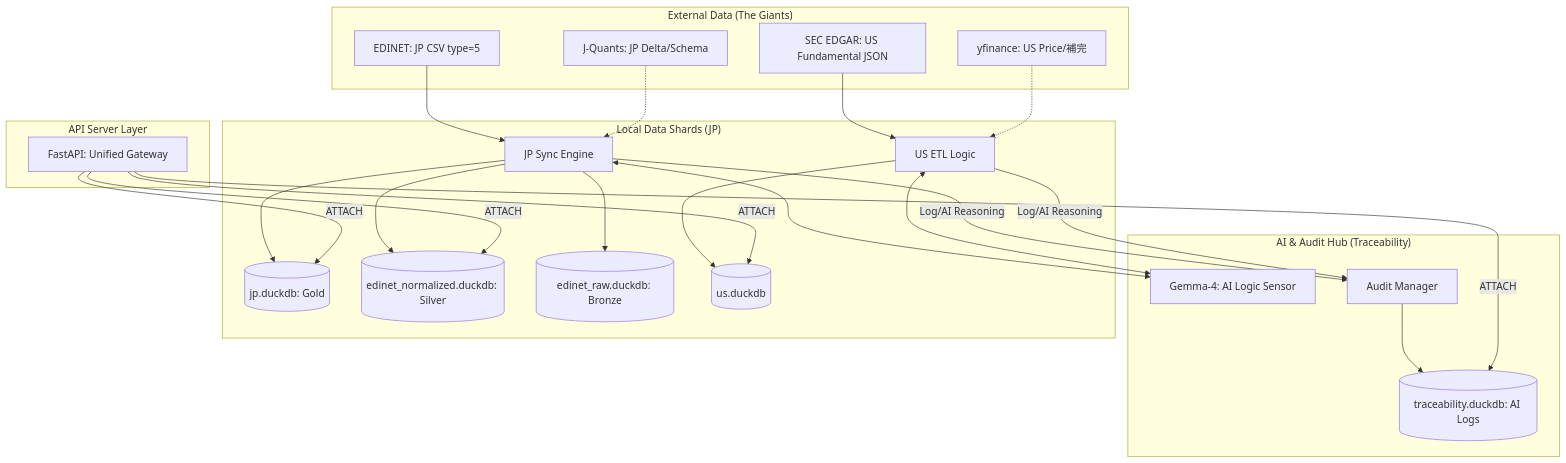
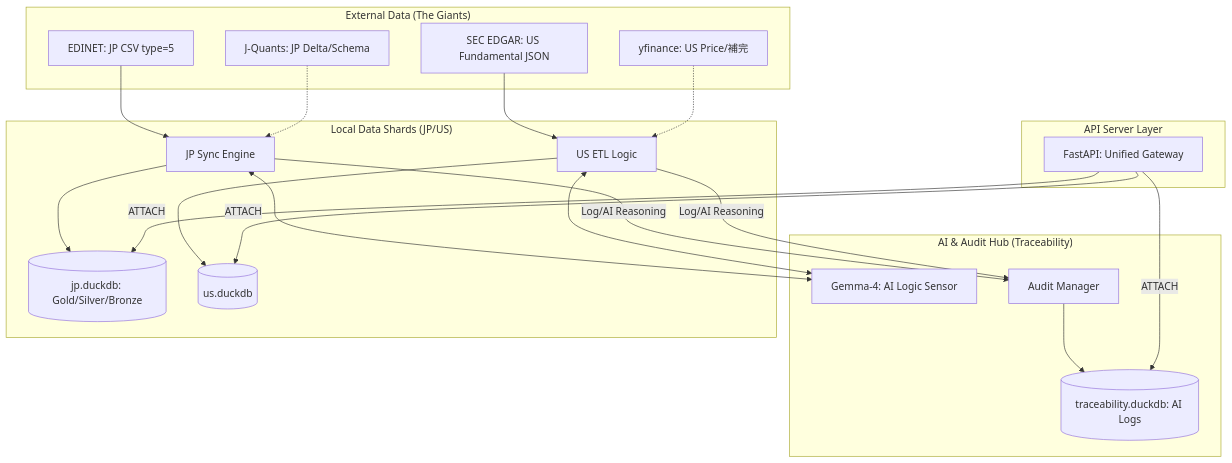
The diagram in services/Financial Figures/docs/概念的要件定義書.md (ayato-labs/ayato-finance-ecosystem), drawn with Mermaid before and after one commit. The commit also changed other lines of this file and 19 other files, not shown here.

````diff
--- a/services/Financial Figures/docs/概念的要件定義書.md
+++ b/services/Financial Figures/docs/概念的要件定義書.md
@@ -208,53 +49,46 @@
 ```mermaid
 graph TD
     subgraph "External Data (The Giants)"
         ED[EDINET: JP CSV type=5]
         EG[SEC EDGAR: US Fundamental JSON]
         JQ[J-Quants: JP Delta/Schema]
         YF[yfinance: US Price/補完]
     end
 
     subgraph "AI & Audit Hub (Traceability)"
         LLM[Gemma-4: AI Logic Sensor]
         Audit[Audit Manager]
         DB_Audit[(traceability.duckdb: AI Logs)]
     end
 
-    subgraph "Local Data Shards (JP)"
+    subgraph "Local Data Shards (JP/US)"
         JP_ETL[JP Sync Engine]
         US_ETL[US ETL Logic]
         
-        DB_Gold[(jp.duckdb: Gold)]
-        DB_Silver[(edinet_normalized.duckdb: Silver)]
-        DB_Bronze[(edinet_raw.duckdb: Bronze)]
-        
+        DB_JP[(jp.duckdb: Gold/Silver/Bronze)]
         DB_US[(us.duckdb)]
     end
 
     ED --> JP_ETL
     EG --> US_ETL
     
     JP_ETL -- "Log/AI Reasoning" --> Audit
     US_ETL -- "Log/AI Reasoning" --> Audit
     Audit --> DB_Audit
     
     JP_ETL <--> LLM
     US_ETL <--> LLM
 
     JQ -.-> JP_ETL
     YF -.-> US_ETL
 
-    JP_ETL --> DB_Gold
-    JP_ETL --> DB_Silver
-    JP_ETL --> DB_Bronze
-    
+    JP_ETL --> DB_JP
     US_ETL --> DB_US
 
     subgraph "API Server Layer"
         FastAPI[FastAPI: Unified Gateway]
-        FastAPI -- "ATTACH" --> DB_Gold
-        FastAPI -- "ATTACH" --> DB_Silver
+        FastAPI -- "ATTACH" --> DB_JP
         FastAPI -- "ATTACH" --> DB_US
         FastAPI -- "ATTACH" --> DB_Audit
     end
 ```
````
